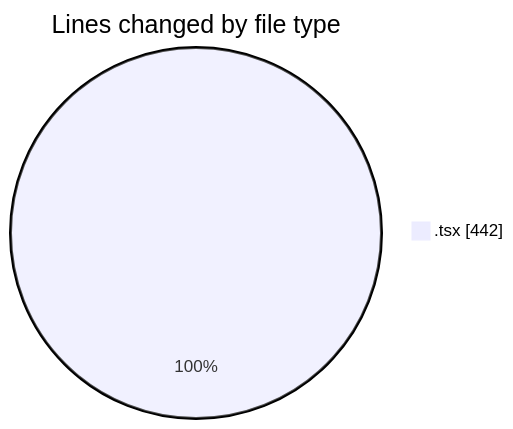
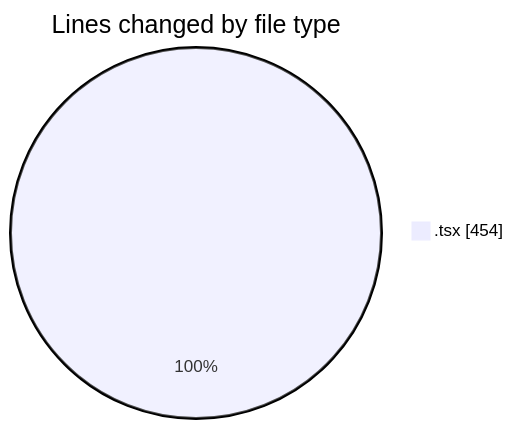
The first of 2 diagrams in 2025-10-20/scopecraft/README.md (Ritupan-Deka/code-tracking), drawn with Mermaid before and after one commit. The commit also changed other lines of this file and 1 other file, not shown here.

````diff
--- a/2025-10-20/scopecraft/README.md
+++ b/2025-10-20/scopecraft/README.md
@@ -25,5 +25,5 @@
 ```mermaid
 pie showData
 title Lines changed by file type
-".tsx" : 442
+".tsx" : 454
 ```
````
